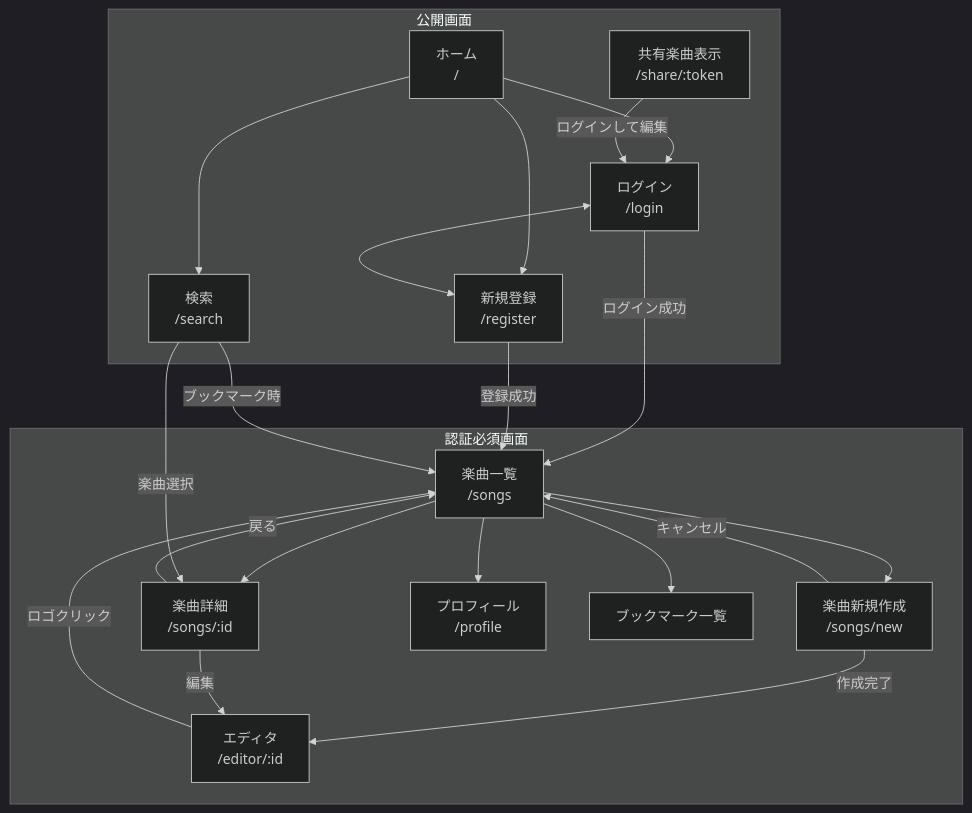
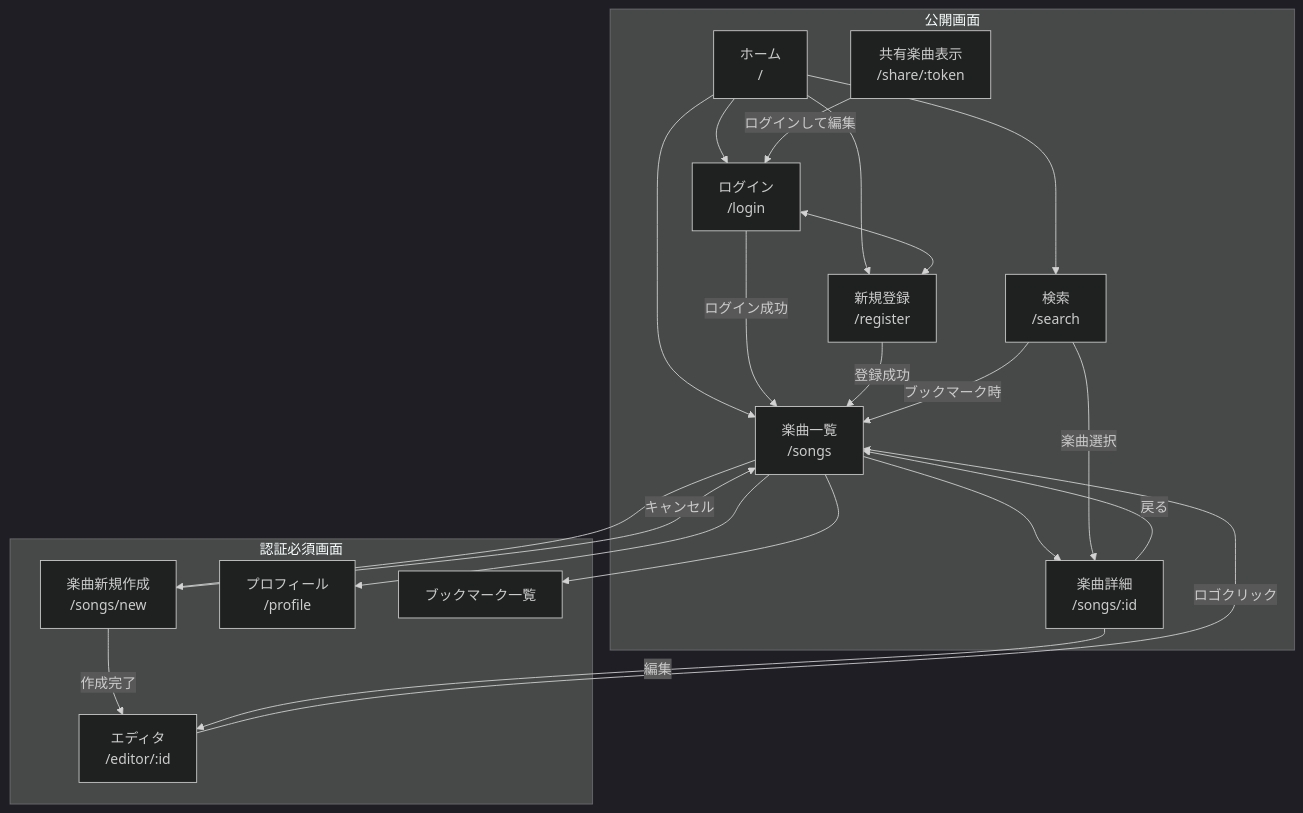
One commit to yasudaProduct/chord-chart changed the first of 12 diagrams in docs/ui/screen-flow.md. Above: the diagram before and after it, drawn with Mermaid (dark theme). The commit also changed other lines of this file and 2 other files, not shown here.

````diff
--- a/docs/ui/screen-flow.md
+++ b/docs/ui/screen-flow.md
@@ -9,43 +9,44 @@
 ```mermaid
 flowchart TB
     subgraph 公開画面
         Home[ホーム<br/>/]
         Login[ログイン<br/>/login]
         Register[新規登録<br/>/register]
         Search[検索<br/>/search]
         Share[共有楽曲表示<br/>/share/:token]
+        Songs[楽曲一覧<br/>/songs]
+        SongDetail[楽曲詳細<br/>/songs/:id]
     end
 
     subgraph 認証必須画面
-        Songs[楽曲一覧<br/>/songs]
         SongNew[楽曲新規作成<br/>/songs/new]
-        SongDetail[楽曲詳細<br/>/songs/:id]
         Editor[エディタ<br/>/editor/:id]
         Profile[プロフィール<br/>/profile]
         Bookmarks[ブックマーク一覧]
     end
 
     Home --> Login
     Home --> Register
     Home --> Search
+    Home --> Songs
     Login <--> Register
     Login -->|ログイン成功| Songs
     Register -->|登録成功| Songs
 
     Songs --> SongNew
     Songs --> SongDetail
     Songs --> Profile
     Songs --> Bookmarks
 
     SongNew -->|作成完了| Editor
     SongNew -->|キャンセル| Songs
     SongDetail -->|編集| Editor
     SongDetail -->|戻る| Songs
 
     Editor -->|ロゴクリック| Songs
 
     Search -->|楽曲選択| SongDetail
     Search -->|ブックマーク時| Songs
 
     Share -->|ログインして編集| Login
 ```
````
